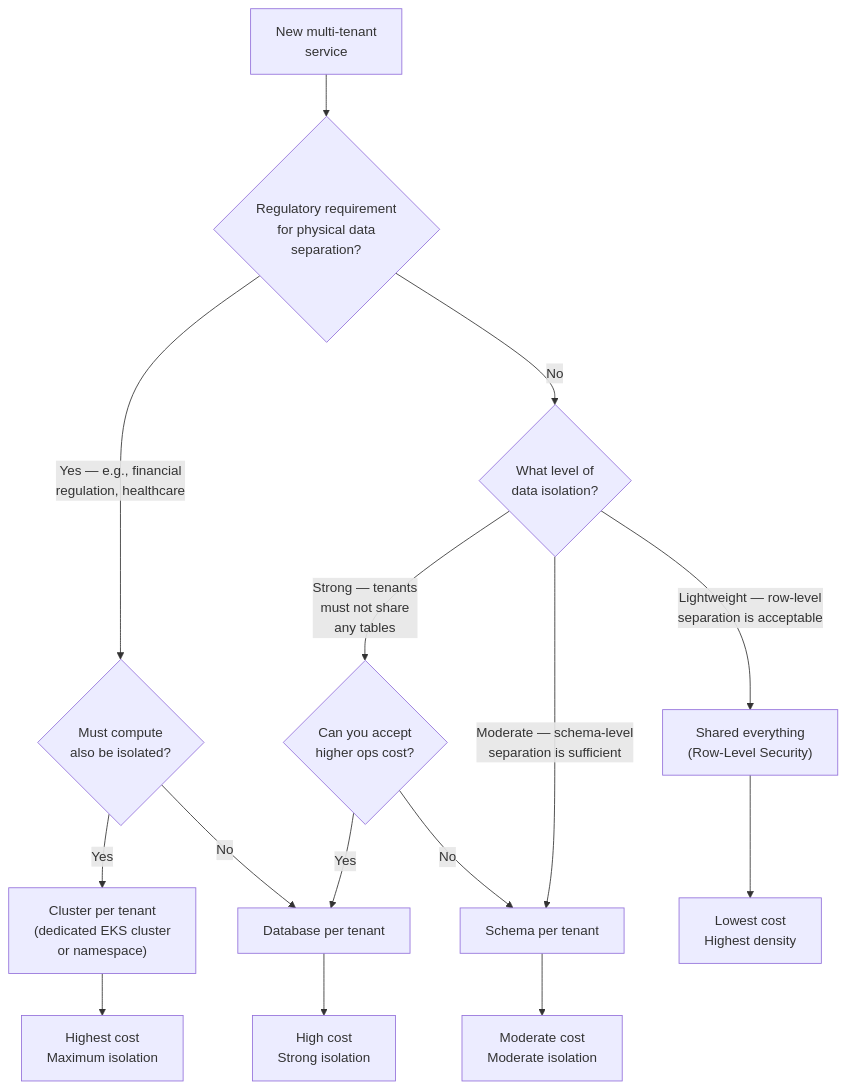
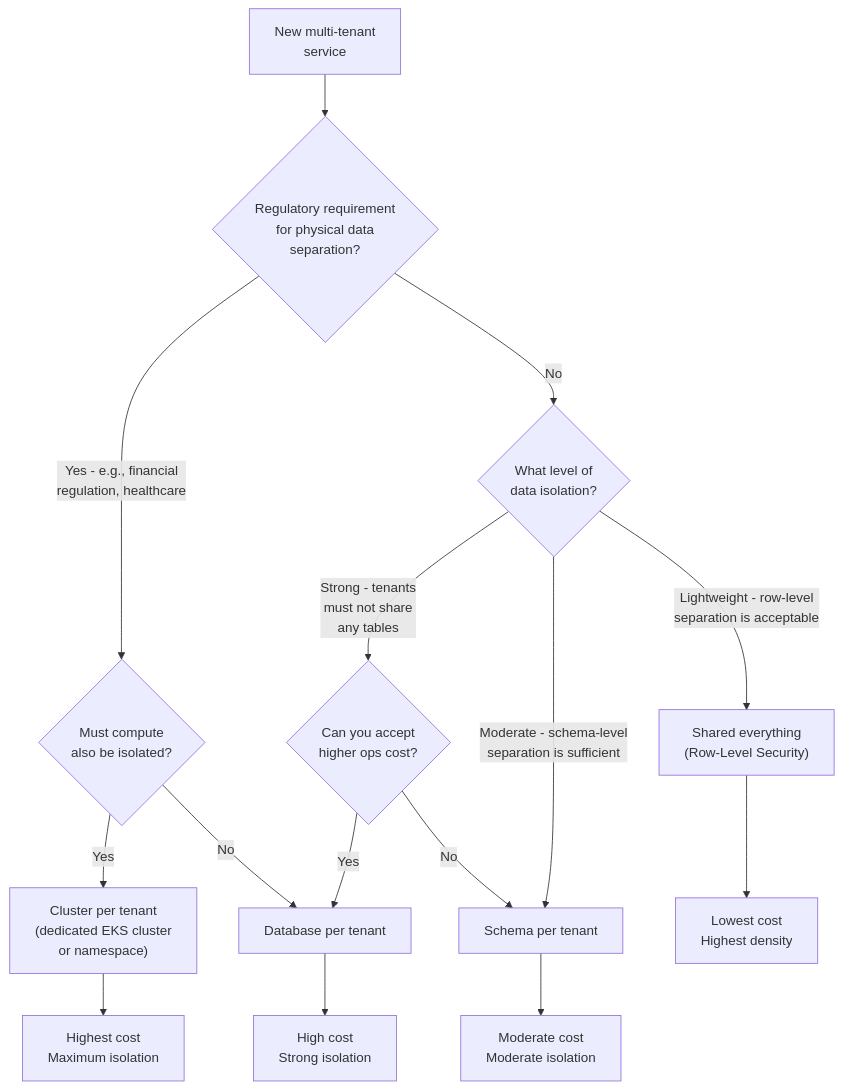
Before and after one commit to rishikeshdhokare/platform-manifesto: the first of 5 diagrams in 04-infrastructure-and-cloud/09-multi-tenancy.md, drawn with Mermaid. The commit also changed other lines of this file and 22 other files, not shown here.

````diff
--- a/04-infrastructure-and-cloud/09-multi-tenancy.md
+++ b/04-infrastructure-and-cloud/09-multi-tenancy.md
@@ -46,22 +46,22 @@
 ```mermaid
 flowchart TD
     Start["New multi-tenant\nservice"] --> Q1{"Regulatory requirement\nfor physical data\nseparation?"}
 
-    Q1 -->|"Yes — e.g., financial\nregulation, healthcare"| Q1a{"Must compute\nalso be isolated?"}
+    Q1 -->|"Yes - e.g., financial\nregulation, healthcare"| Q1a{"Must compute\nalso be isolated?"}
     Q1 -->|"No"| Q2{"What level of\ndata isolation?"}
 
     Q1a -->|"Yes"| CLUSTER["Cluster per tenant\n(dedicated EKS cluster\nor namespace)"]
     Q1a -->|"No"| DB["Database per tenant"]
 
-    Q2 -->|"Strong — tenants\nmust not share\nany tables"| Q3{"Can you accept\nhigher ops cost?"}
-    Q2 -->|"Moderate — schema-level\nseparation is sufficient"| SCHEMA["Schema per tenant"]
-    Q2 -->|"Lightweight — row-level\nseparation is acceptable"| RLS["Shared everything\n(Row-Level Security)"]
+    Q2 -->|"Strong - tenants\nmust not share\nany tables"| Q3{"Can you accept\nhigher ops cost?"}
+    Q2 -->|"Moderate - schema-level\nseparation is sufficient"| SCHEMA["Schema per tenant"]
+    Q2 -->|"Lightweight - row-level\nseparation is acceptable"| RLS["Shared everything\n(Row-Level Security)"]
 
     Q3 -->|"Yes"| DB
     Q3 -->|"No"| SCHEMA
 
     CLUSTER --> COST["Highest cost\nMaximum isolation"]
     DB --> COST2["High cost\nStrong isolation"]
     SCHEMA --> COST3["Moderate cost\nModerate isolation"]
     RLS --> COST4["Lowest cost\nHighest density"]
 ```
````
